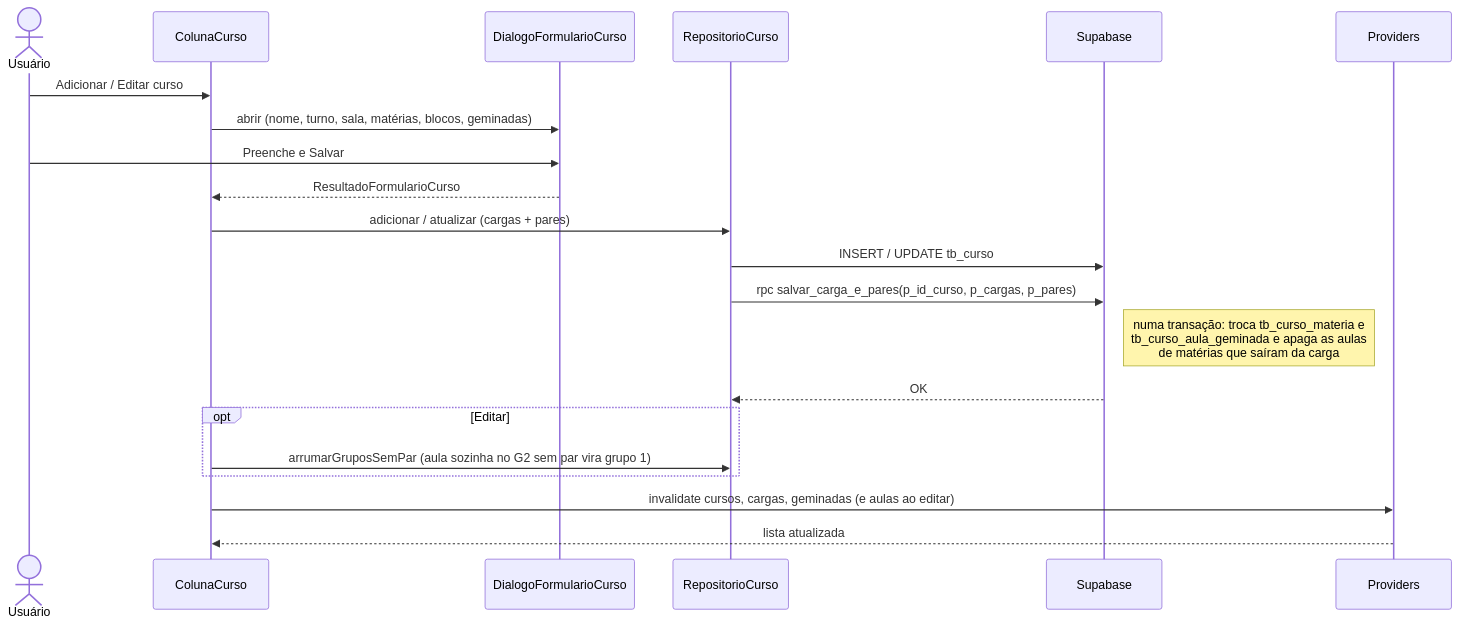
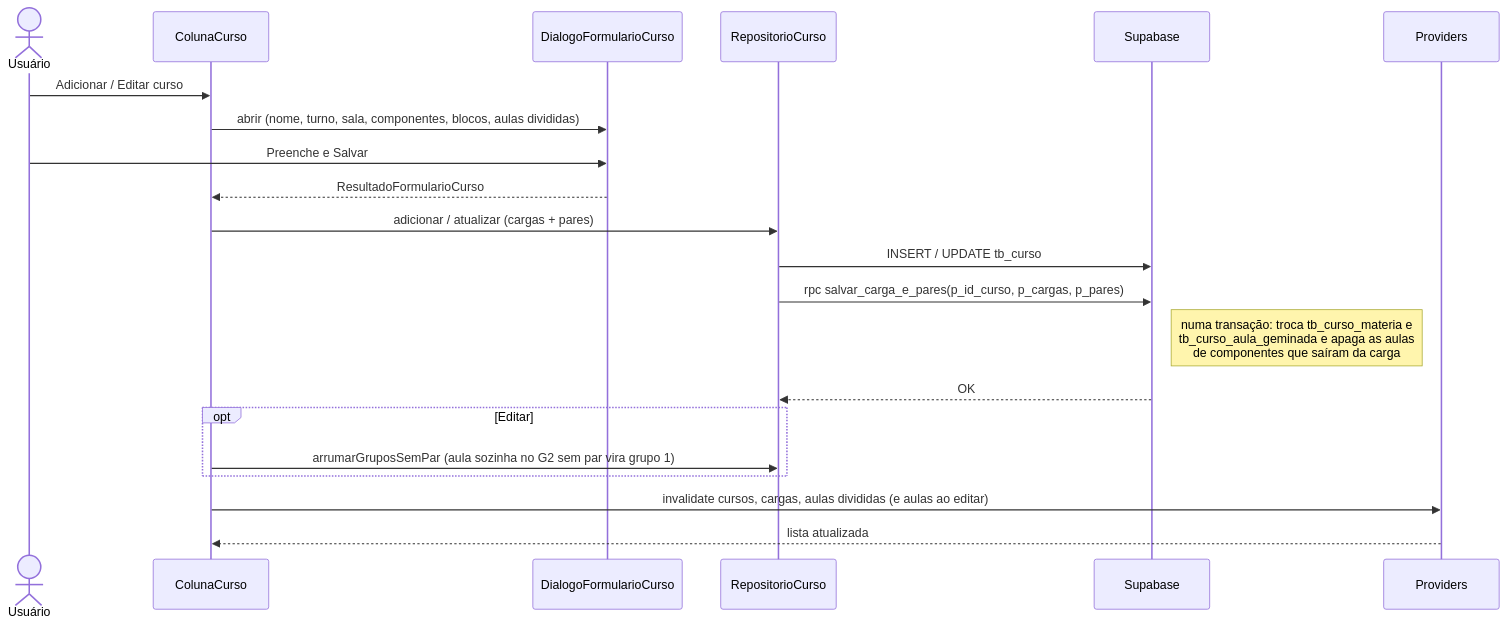
The third of 3 diagrams in docs/diagramas_sequencia.md (JoaoAmorimParanhos/newTCC), drawn with Mermaid before and after one commit. The commit also changed other lines of this file and 58 other files, not shown here.

````diff
--- a/docs/diagramas_sequencia.md
+++ b/docs/diagramas_sequencia.md
@@ -125,24 +125,24 @@
 ```mermaid
 sequenceDiagram
     actor U as Usuário
     participant Col as ColunaCurso
     participant Dialog as DialogoFormularioCurso
     participant Repo as RepositorioCurso
     participant SB as Supabase
     participant Prov as Providers
 
     U->>Col: Adicionar / Editar curso
-    Col->>Dialog: abrir (nome, turno, sala, matérias, blocos, geminadas)
+    Col->>Dialog: abrir (nome, turno, sala, componentes, blocos, aulas divididas)
     U->>Dialog: Preenche e Salvar
     Dialog-->>Col: ResultadoFormularioCurso
     Col->>Repo: adicionar / atualizar (cargas + pares)
     Repo->>SB: INSERT / UPDATE tb_curso
     Repo->>SB: rpc salvar_carga_e_pares(p_id_curso, p_cargas, p_pares)
-    Note right of SB: numa transação: troca tb_curso_materia e<br/>tb_curso_aula_geminada e apaga as aulas<br/>de matérias que saíram da carga
+    Note right of SB: numa transação: troca tb_curso_materia e<br/>tb_curso_aula_geminada e apaga as aulas<br/>de componentes que saíram da carga
     SB-->>Repo: OK
     opt Editar
         Col->>Repo: arrumarGruposSemPar (aula sozinha no G2 sem par vira grupo 1)
     end
-    Col->>Prov: invalidate cursos, cargas, geminadas (e aulas ao editar)
+    Col->>Prov: invalidate cursos, cargas, aulas divididas (e aulas ao editar)
     Prov-->>Col: lista atualizada
 ```
````
